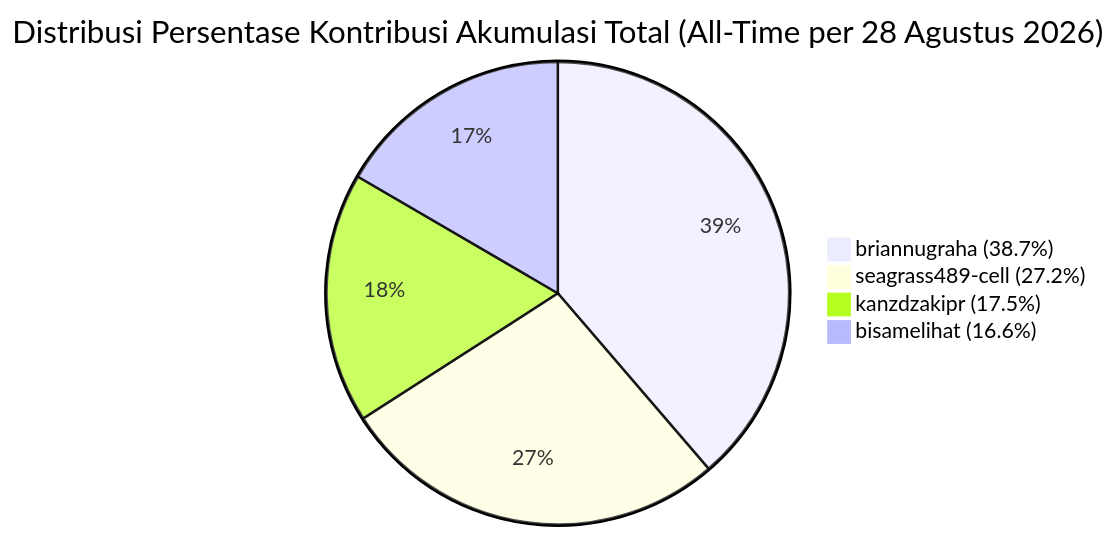
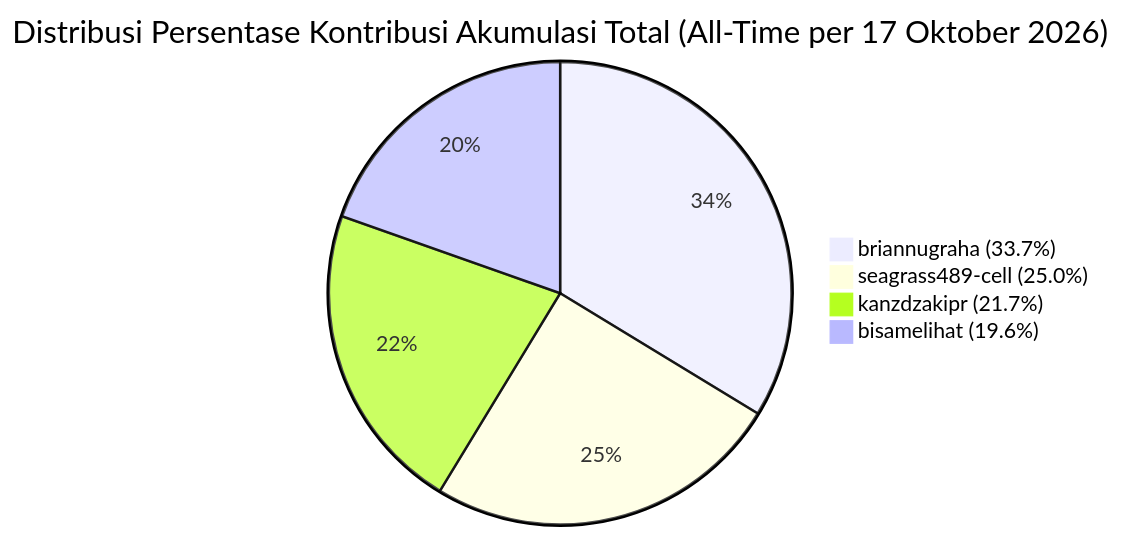
The first of 4 diagrams in KONTRIBUSI_TIM.md (kanzdzakipr/ServicePlan-BRA), drawn with Mermaid before and after one commit. The commit also changed other lines of this file, not shown here.

Commit message:
kontribusi tim per 17 okt

````diff
--- a/KONTRIBUSI_TIM.md
+++ b/KONTRIBUSI_TIM.md
@@ -92,7 +92,7 @@
 ```mermaid
-pie title Distribusi Persentase Kontribusi Akumulasi Total (All-Time per 28 Agustus 2026)
-    "briannugraha (38.7%)" : 38.7
-    "seagrass489-cell (27.2%)" : 27.2
-    "kanzdzakipr (17.5%)" : 17.5
-    "bisamelihat (16.6%)" : 16.6
+pie title Distribusi Persentase Kontribusi Akumulasi Total (All-Time per 17 Oktober 2026)
+    "briannugraha (33.7%)" : 33.7
+    "seagrass489-cell (25.0%)" : 25.0
+    "kanzdzakipr (21.7%)" : 21.7
+    "bisamelihat (19.6%)" : 19.6
 ```
````
